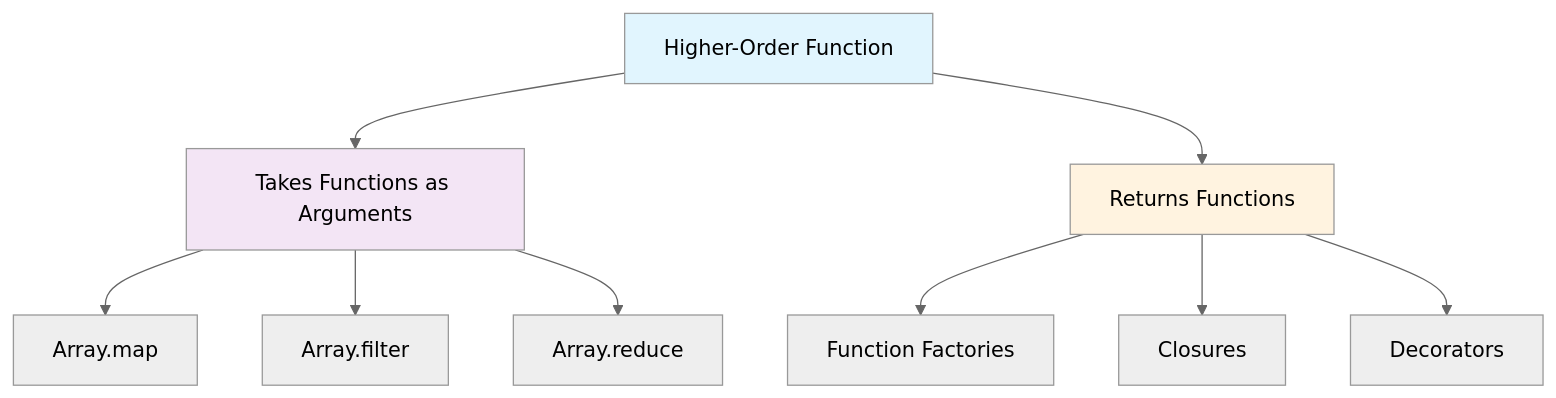
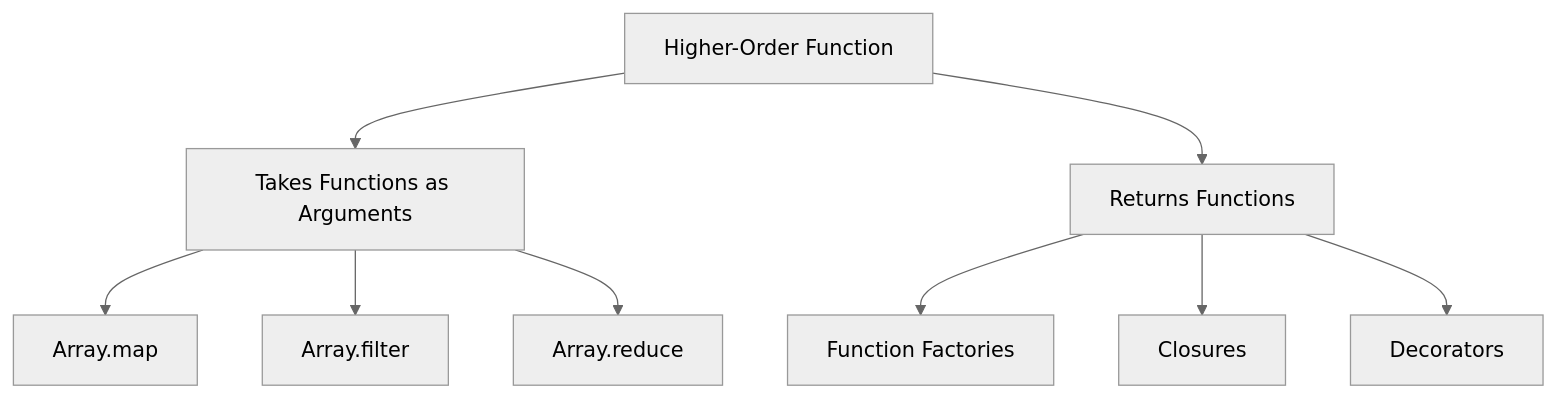
The first of 2 diagrams in public/api/articles/higher-order-functions-and-currying.md (shapkarin/shapkarin.me), drawn with Mermaid (neutral theme) before and after one commit. The commit also changed other lines of this file and 67 other files, not shown here.

````diff
--- a/public/api/articles/higher-order-functions-and-currying.md
+++ b/public/api/articles/higher-order-functions-and-currying.md
@@ -39,17 +43,13 @@
 ```mermaid
 graph TD
     A[Higher-Order Function] --> B[Takes Functions as Arguments]
     A --> C[Returns Functions]
     
     B --> D[Array.map]
     B --> E[Array.filter]
     B --> F[Array.reduce]
     
     C --> G[Function Factories]
     C --> H[Closures]
     C --> I[Decorators]
-    
-    style A fill:#e1f5fe
-    style B fill:#f3e5f5
-    style C fill:#fff3e0
 ```
````
